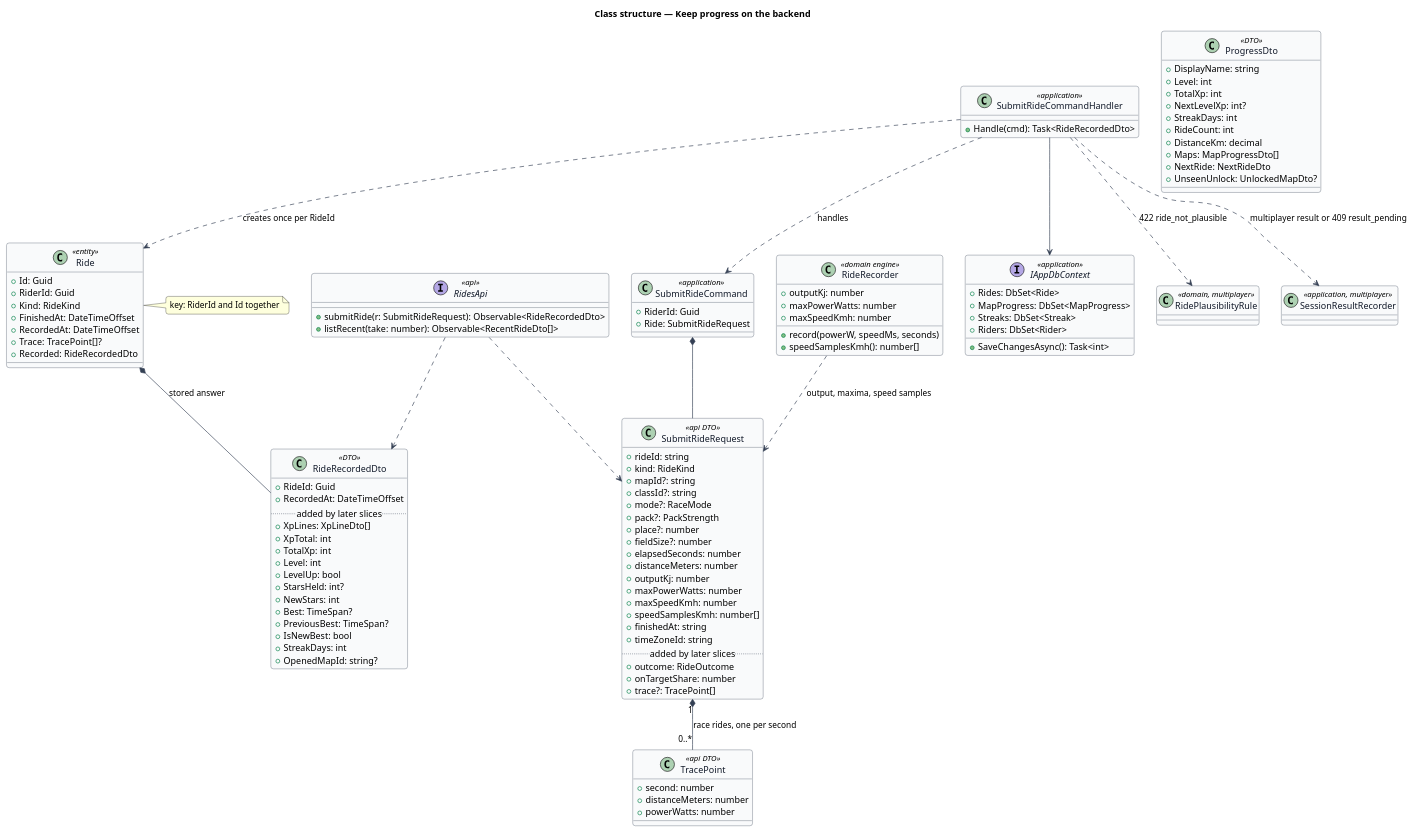
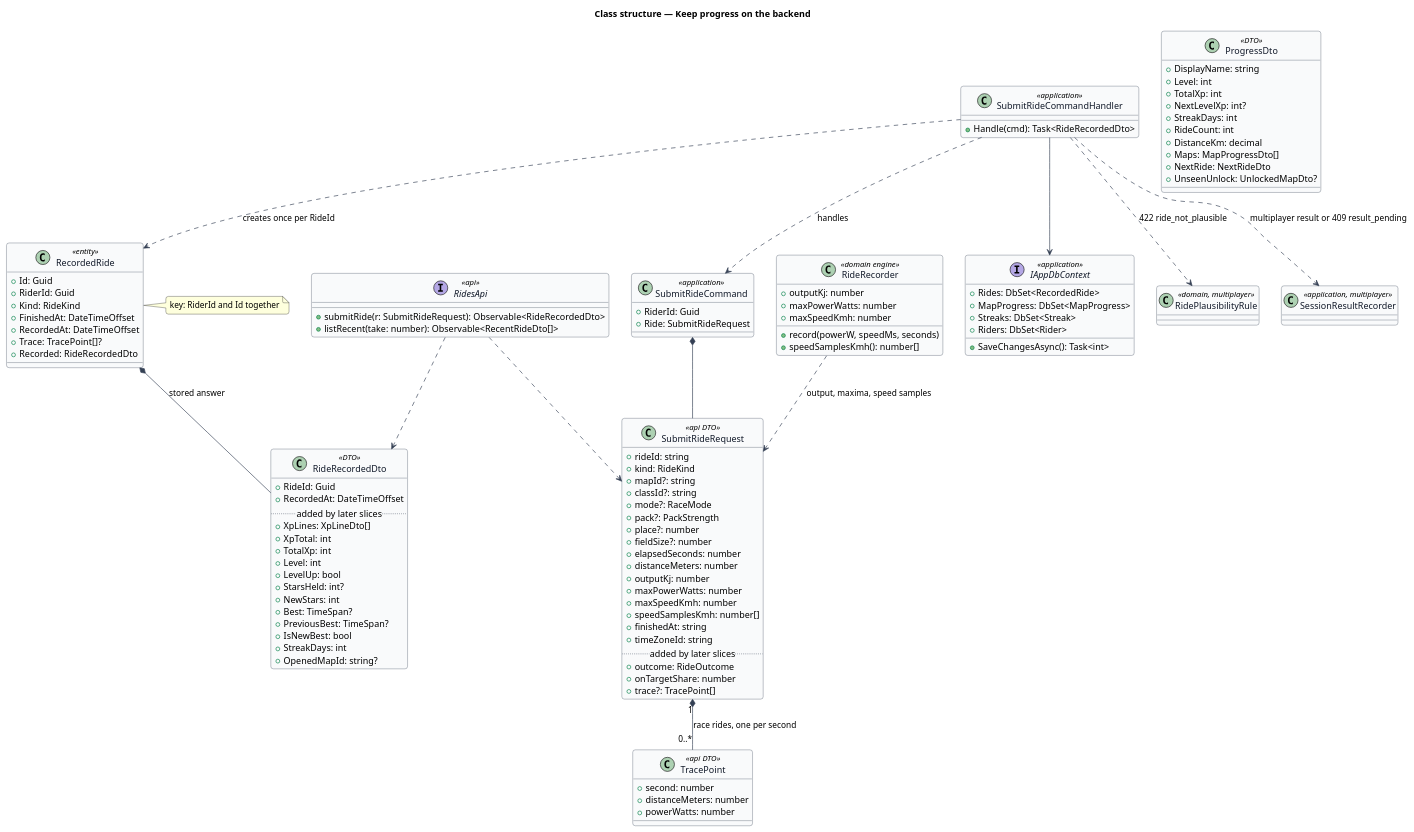
One commit to QuinntyneBrown/ride-one changed the diagram in docs/detailed-designs/progression/keep-progress-on-the-backend/diagrams/class-structure.puml. Above: the diagram before and after it, drawn with PlantUML. The commit also changed 18 other files, not shown here.

```diff
--- a/docs/detailed-designs/progression/keep-progress-on-the-backend/diagrams/class-structure.puml
+++ b/docs/detailed-designs/progression/keep-progress-on-the-backend/diagrams/class-structure.puml
@@ -1,119 +1,119 @@
 @startuml
 ' --- shared skin header ---
 skinparam backgroundColor #FFFFFF
 skinparam shadowing false
 skinparam roundcorner 8
 skinparam defaultFontName Arial
 skinparam ArrowColor #344054
 skinparam class {
   BorderColor #344054
   FontColor #101828
   BackgroundColor #F9FAFB
 }
 ' --------------------------
 title Class structure — Keep progress on the backend
 class SubmitRideRequest <<api DTO>> {
   +rideId: string
   +kind: RideKind
   +mapId?: string
   +classId?: string
   +mode?: RaceMode
   +pack?: PackStrength
   +place?: number
   +fieldSize?: number
   +elapsedSeconds: number
   +distanceMeters: number
   +outputKj: number
   +maxPowerWatts: number
   +maxSpeedKmh: number
   +speedSamplesKmh: number[]
   +finishedAt: string
   +timeZoneId: string
   .. added by later slices ..
   +outcome: RideOutcome
   +onTargetShare: number
   +trace?: TracePoint[]
 }
 class RideRecorder <<domain engine>> {
   +record(powerW, speedMs, seconds)
   +outputKj: number
   +maxPowerWatts: number
   +maxSpeedKmh: number
   +speedSamplesKmh(): number[]
 }
 class TracePoint <<api DTO>> {
   +second: number
   +distanceMeters: number
   +powerWatts: number
 }
 class SubmitRideCommand <<application>> {
   +RiderId: Guid
   +Ride: SubmitRideRequest
 }
 class SubmitRideCommandHandler <<application>> {
   +Handle(cmd): Task<RideRecordedDto>
 }
-class Ride <<entity>> {
+class RecordedRide <<entity>> {
   +Id: Guid
   +RiderId: Guid
   +Kind: RideKind
   +FinishedAt: DateTimeOffset
   +RecordedAt: DateTimeOffset
   +Trace: TracePoint[]?
   +Recorded: RideRecordedDto
 }
-note right of Ride : key: RiderId and Id together
+note right of RecordedRide : key: RiderId and Id together
 class RideRecordedDto <<DTO>> {
   +RideId: Guid
   +RecordedAt: DateTimeOffset
   .. added by later slices ..
   +XpLines: XpLineDto[]
   +XpTotal: int
   +TotalXp: int
   +Level: int
   +LevelUp: bool
   +StarsHeld: int?
   +NewStars: int
   +Best: TimeSpan?
   +PreviousBest: TimeSpan?
   +IsNewBest: bool
   +StreakDays: int
   +OpenedMapId: string?
 }
 class ProgressDto <<DTO>> {
   +DisplayName: string
   +Level: int
   +TotalXp: int
   +NextLevelXp: int?
   +StreakDays: int
   +RideCount: int
   +DistanceKm: decimal
   +Maps: MapProgressDto[]
   +NextRide: NextRideDto
   +UnseenUnlock: UnlockedMapDto?
 }
 interface IAppDbContext <<application>> {
-  +Rides: DbSet<Ride>
+  +Rides: DbSet<RecordedRide>
   +MapProgress: DbSet<MapProgress>
   +Streaks: DbSet<Streak>
   +Riders: DbSet<Rider>
   +SaveChangesAsync(): Task<int>
 }
 interface RidesApi <<api>> {
   +submitRide(r: SubmitRideRequest): Observable<RideRecordedDto>
   +listRecent(take: number): Observable<RecentRideDto[]>
 }
 SubmitRideRequest "1" *-- "0..*" TracePoint : race rides, one per second
 SubmitRideCommand *-- SubmitRideRequest
 SubmitRideCommandHandler ..> SubmitRideCommand : handles
 SubmitRideCommandHandler --> IAppDbContext
 SubmitRideCommandHandler ..> RidePlausibilityRule : 422 ride_not_plausible
 SubmitRideCommandHandler ..> SessionResultRecorder : multiplayer result or 409 result_pending
 class RidePlausibilityRule <<domain, multiplayer>>
 class SessionResultRecorder <<application, multiplayer>>
-SubmitRideCommandHandler ..> Ride : creates once per RideId
-Ride *-- RideRecordedDto : stored answer
+SubmitRideCommandHandler ..> RecordedRide : creates once per RideId
+RecordedRide *-- RideRecordedDto : stored answer
 RideRecorder ..> SubmitRideRequest : output, maxima, speed samples
 RidesApi ..> SubmitRideRequest
 RidesApi ..> RideRecordedDto
 @enduml
```
